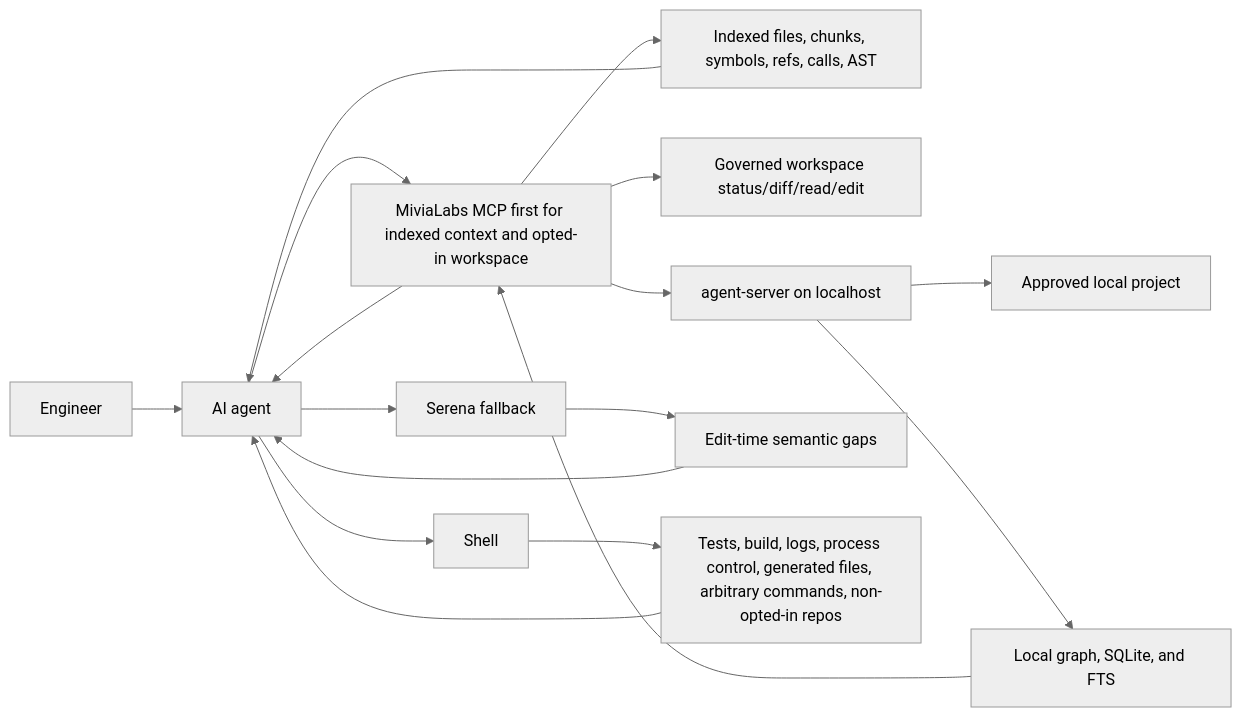
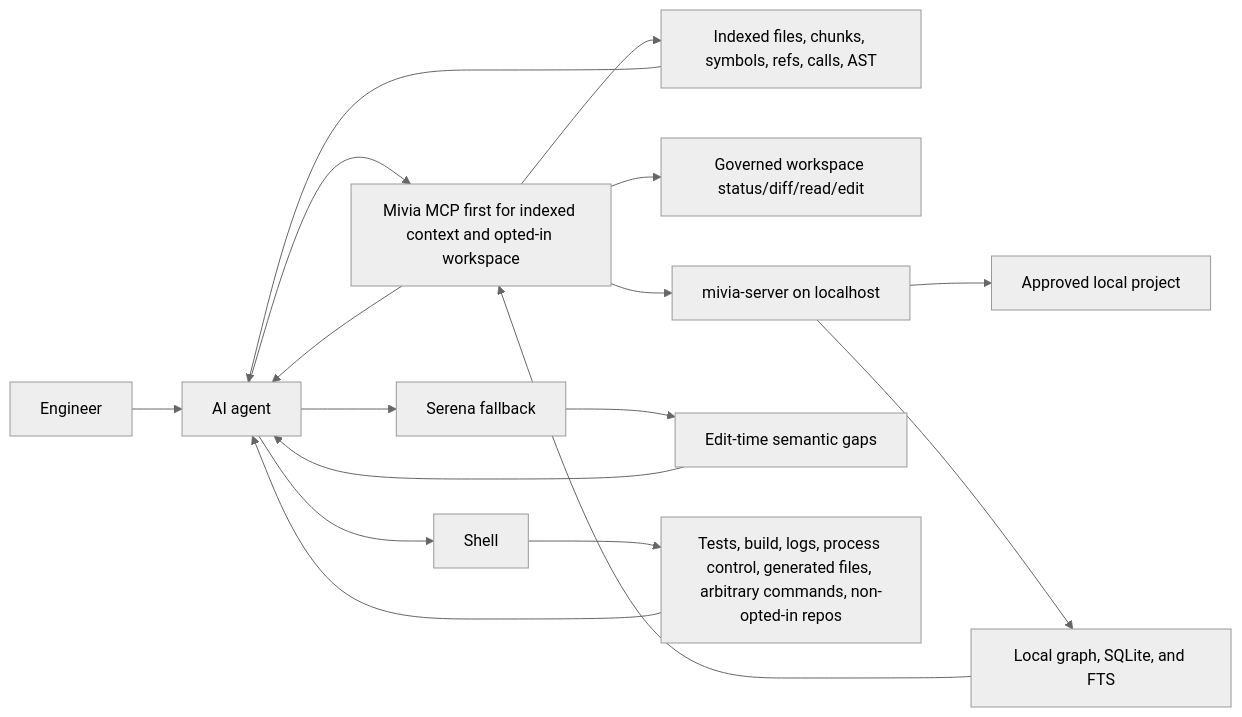
Before and after one commit to MiviaLabs/go-mivia: the diagram in docs/agent-context-guide.md, drawn with Mermaid (neutral theme). The commit also changed other lines of this file and 33 other files, not shown here.

````diff
--- a/docs/agent-context-guide.md
+++ b/docs/agent-context-guide.md
@@ -20,19 +20,19 @@
 ```mermaid
 flowchart LR
   Engineer["Engineer"] --> Agent["AI agent"]
-  Agent --> MCP["MiviaLabs MCP first for indexed context and opted-in workspace"]
+  Agent --> MCP["Mivia MCP first for indexed context and opted-in workspace"]
   Agent --> Serena["Serena fallback"]
   Agent --> Shell["Shell"]
   MCP --> Indexed["Indexed files, chunks, symbols, refs, calls, AST"]
   MCP --> Workspace["Governed workspace status/diff/read/edit"]
-  MCP --> Server["agent-server on localhost"]
+  MCP --> Server["mivia-server on localhost"]
   Server --> Project["Approved local project"]
   Server --> Store["Local graph, SQLite, and FTS"]
   Store --> MCP
   Indexed --> Agent
   Serena --> Code["Edit-time semantic gaps"]
   Shell --> Disk["Tests, build, logs, process control, generated files, arbitrary commands, non-opted-in repos"]
   Code --> Agent
   Disk --> Agent
   MCP --> Agent
 ```
````
